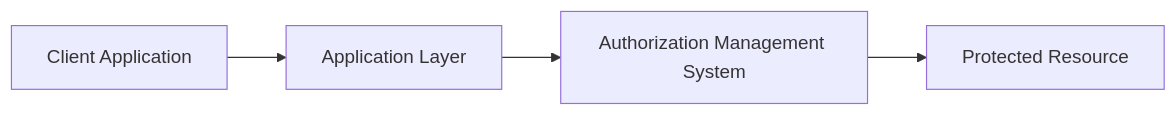
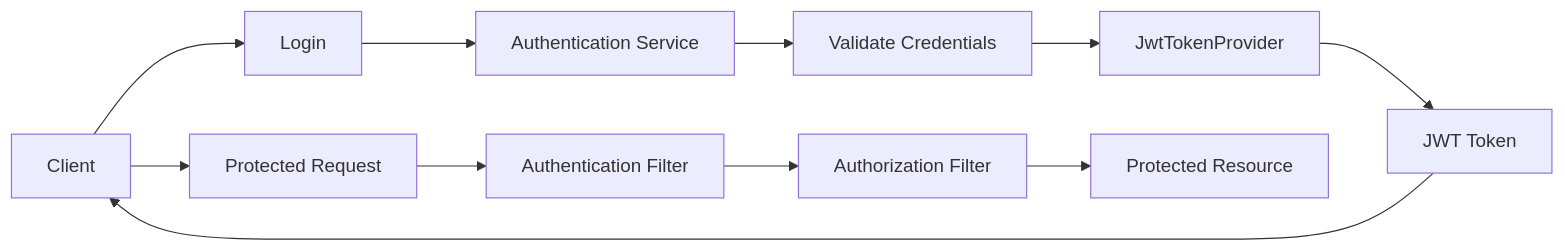
The second of 13 diagrams in README.md (MotionPrograming/AuthorizationManagementSystem), drawn with Mermaid before and after one commit. The commit also changed other lines of this file, not shown here.

````diff
--- a/README.md
+++ b/README.md
@@ -264,18 +150,22 @@
 ```mermaid
 flowchart LR
 
-Client[Client Application]
+    A[Client] --> B[Login]
+    B --> C[Authentication Service]
 
-Gateway[Application Layer]
+    C --> D[Validate Credentials]
 
-AMS[Authorization Management System]
+    D --> E[JwtTokenProvider]
 
-Resource[Protected Resource]
+    E --> F[JWT Token]
 
+    F --> A
 
-Client --> Gateway
+    A --> G[Protected Request]
 
-Gateway --> AMS
+    G --> H[Authentication Filter]
 
-AMS --> Resource
+    H --> I[Authorization Filter]
+
+    I --> J[Protected Resource]
 ```
````
